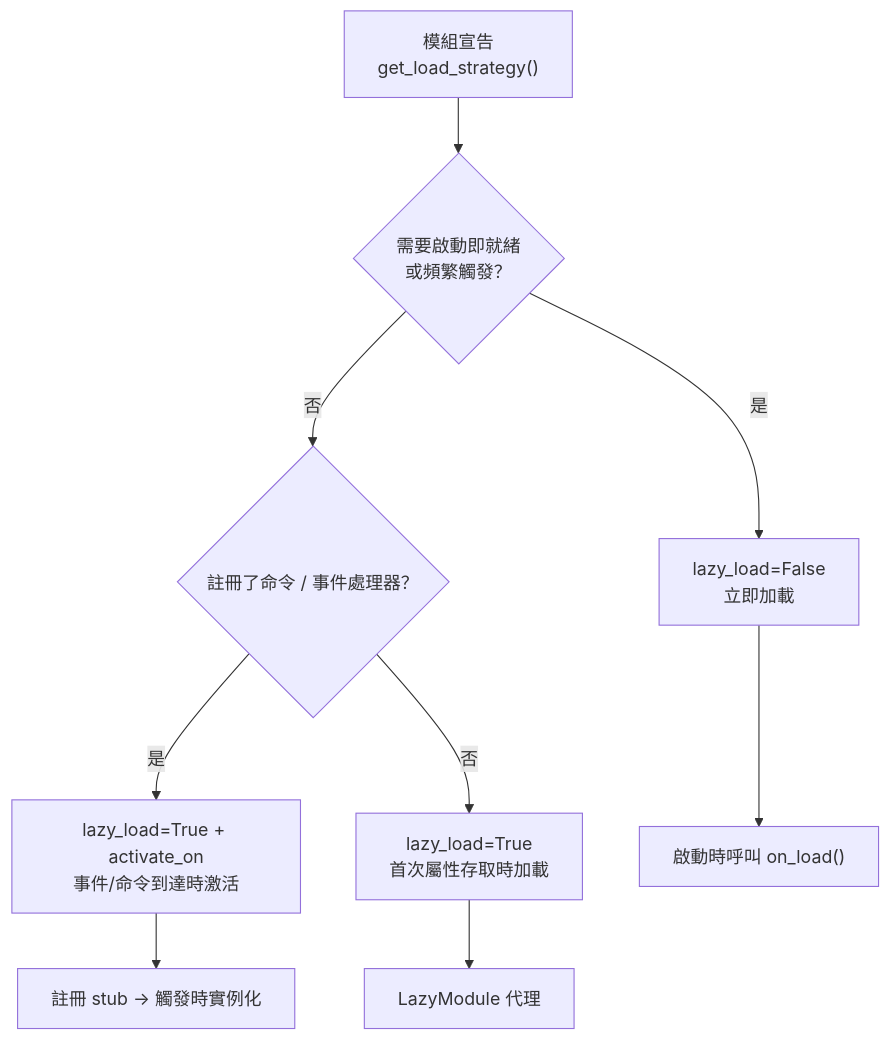
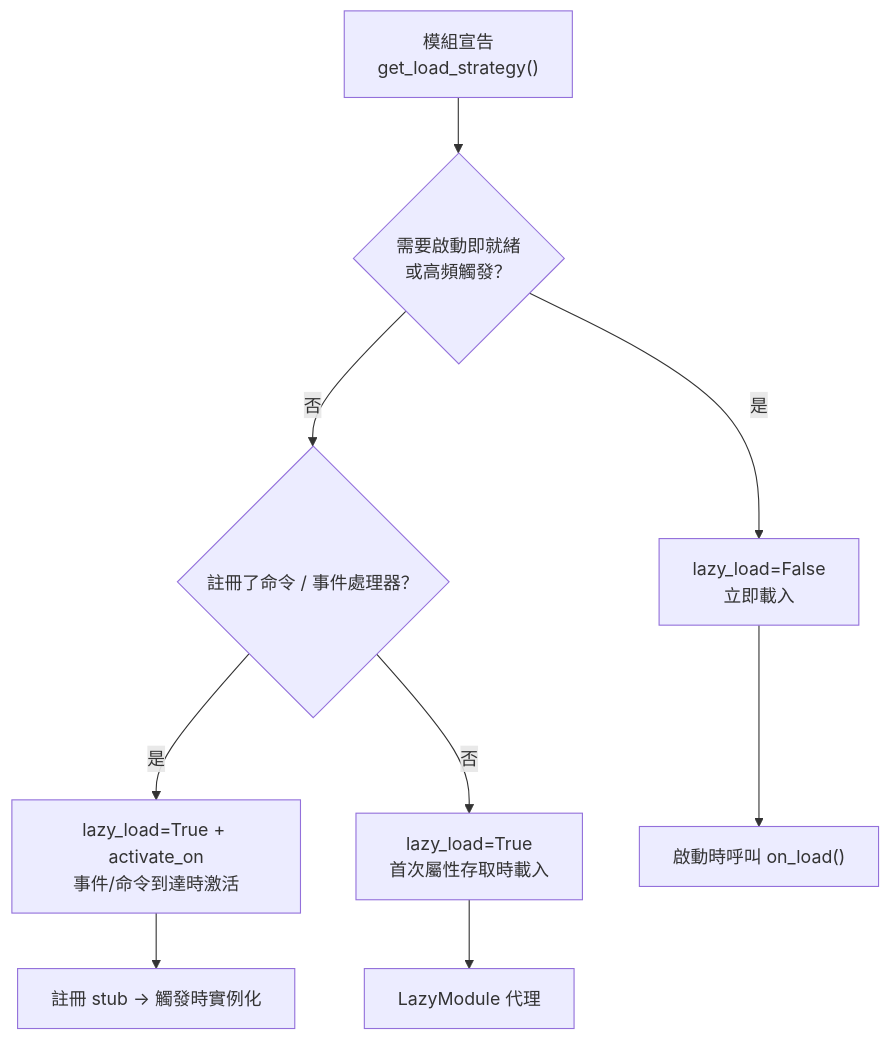
Before and after one commit to ErisPulse/ErisPulse: the diagram in docs/zh-TW/advanced/lazy-loading.md, drawn with Mermaid. The commit also changed other lines of this file and 622 other files, not shown here.

````diff
--- a/docs/zh-TW/advanced/lazy-loading.md
+++ b/docs/zh-TW/advanced/lazy-loading.md
@@ -197,11 +196,11 @@
 ```mermaid
 flowchart TD
-    A["模組宣告<br/>get_load_strategy()"] --> B{"需要啟動即就緒<br/>或頻繁觸發？"}
-    B -->|"是"| C["lazy_load=False<br/>立即加載"]
+    A["模組宣告<br/>get_load_strategy()"] --> B{"需要啟動即就緒<br/>或高頻觸發？"}
+    B -->|"是"| C["lazy_load=False<br/>立即載入"]
     B -->|"否"| D{"註冊了命令 / 事件處理器？"}
     D -->|"是"| E["lazy_load=True + activate_on<br/>事件/命令到達時激活"]
-    D -->|"否"| F["lazy_load=True<br/>首次屬性存取時加載"]
+    D -->|"否"| F["lazy_load=True<br/>首次屬性存取時載入"]
     C --> G["啟動時呼叫 on_load()"]
     E --> H["註冊 stub → 觸發時實例化"]
     F --> I["LazyModule 代理"]
 ```
````
